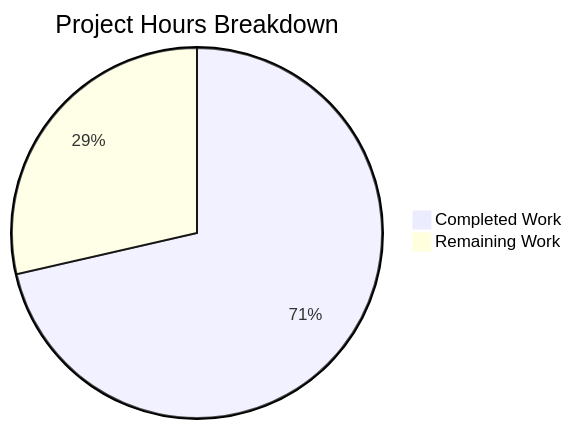
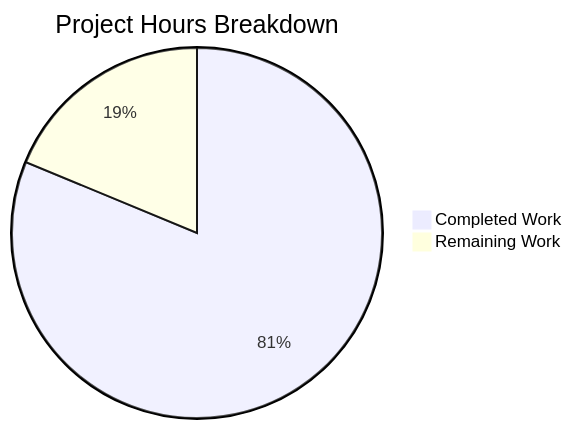
The diagram in blitzy/documentation/Project Guide.md (lakshya-blitzy/Dec_repo_with_valid_mul_files), drawn with Mermaid before and after one commit. The commit also changed other lines of this file, not shown here.

Commit message:
Adding Blitzy Project Guide: Project Status and Human Tasks Remaining

````diff
--- a/blitzy/documentation/Project Guide.md
+++ b/blitzy/documentation/Project Guide.md
@@ -38,5 +27,5 @@
 ```mermaid
 pie title Project Hours Breakdown
-    "Completed Work" : 30
-    "Remaining Work" : 12
+    "Completed Work" : 26
+    "Remaining Work" : 6
 ```
````
